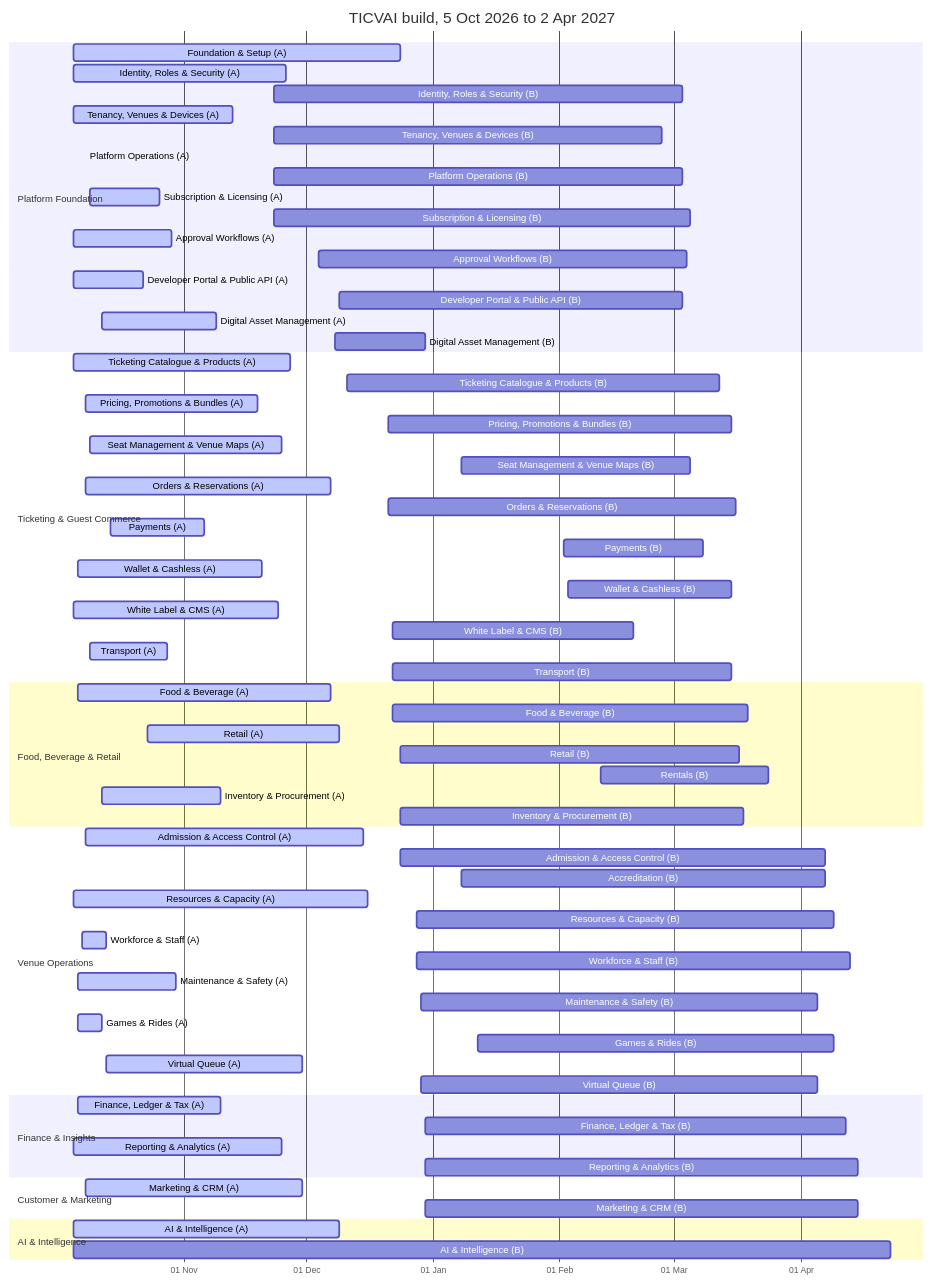
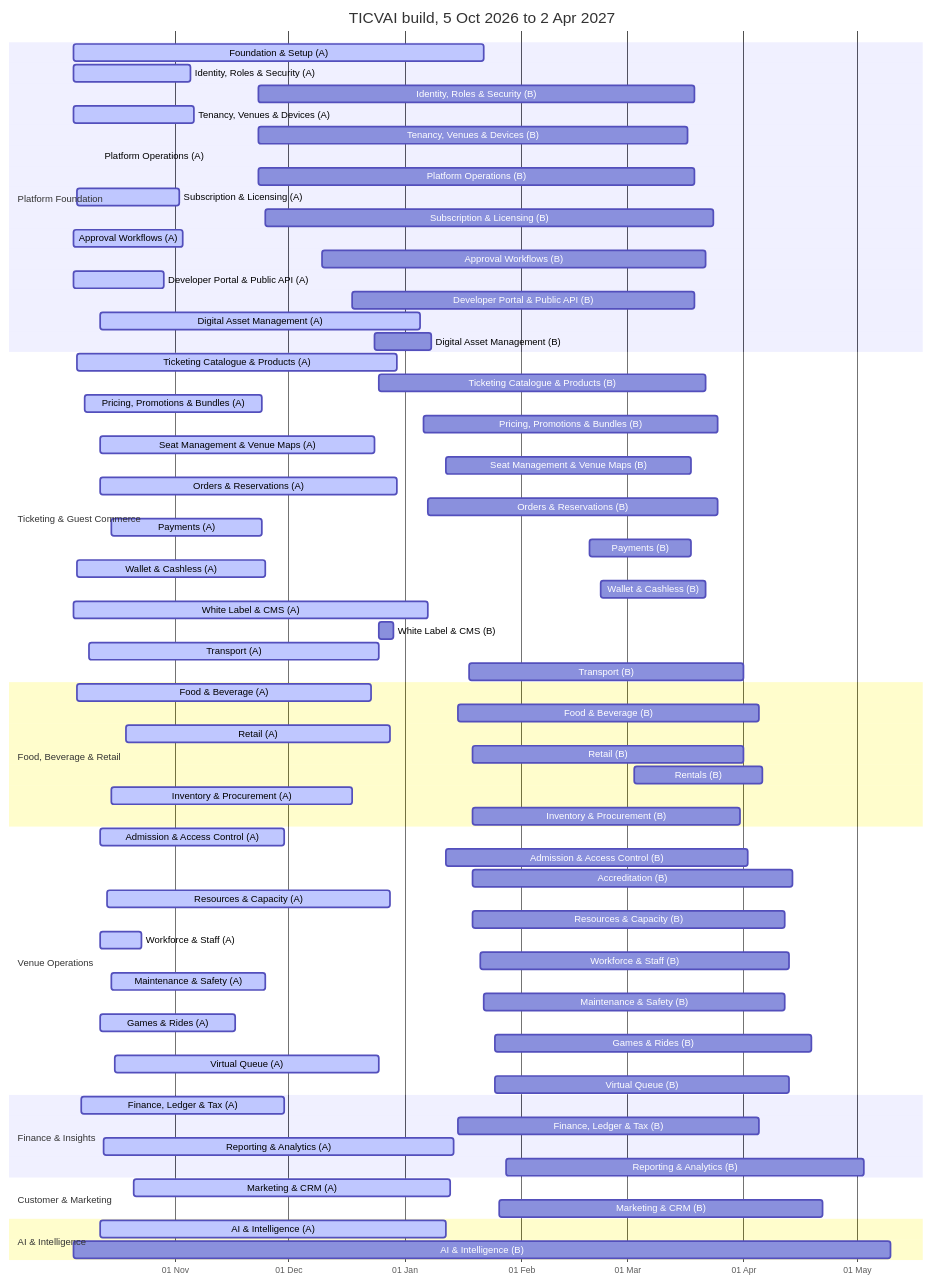
Before and after one commit to Diretide298/Solution_Architecture: the diagram in ticvai/repos/ticvai-docs/docs/active/build-plan-presentation.md, drawn with Mermaid. The commit also changed other lines of this file and 8185 other files, not shown here.

````diff
--- a/ticvai/repos/ticvai-docs/docs/active/build-plan-presentation.md
+++ b/ticvai/repos/ticvai-docs/docs/active/build-plan-presentation.md
@@ -48,72 +48,72 @@
 ```mermaid
 gantt
   dateFormat YYYY-MM-DD
   axisFormat %d %b
   title TICVAI build, 5 Oct 2026 to 2 Apr 2027
   section Platform Foundation
-  Foundation & Setup (A) :active, 2026-10-05, 2026-12-24
-  Identity, Roles & Security (A) :active, 2026-10-05, 2026-11-26
-  Identity, Roles & Security (B) :2026-11-23, 2027-03-03
-  Tenancy, Venues & Devices (A) :active, 2026-10-05, 2026-11-13
-  Tenancy, Venues & Devices (B) :2026-11-23, 2027-02-26
-  Platform Operations (A) :active, 2026-10-08, 2026-10-08
-  Platform Operations (B) :2026-11-23, 2027-03-03
-  Subscription & Licensing (A) :active, 2026-10-09, 2026-10-26
-  Subscription & Licensing (B) :2026-11-23, 2027-03-05
-  Approval Workflows (A) :active, 2026-10-05, 2026-10-29
-  Approval Workflows (B) :2026-12-04, 2027-03-04
-  Developer Portal & Public API (A) :active, 2026-10-05, 2026-10-22
-  Developer Portal & Public API (B) :2026-12-09, 2027-03-03
-  Digital Asset Management (A) :active, 2026-10-12, 2026-11-09
-  Digital Asset Management (B) :2026-12-08, 2026-12-30
+  Foundation & Setup (A) :active, 2026-10-05, 2027-01-22
+  Identity, Roles & Security (A) :active, 2026-10-05, 2026-11-05
+  Identity, Roles & Security (B) :2026-11-23, 2027-03-19
+  Tenancy, Venues & Devices (A) :active, 2026-10-05, 2026-11-06
+  Tenancy, Venues & Devices (B) :2026-11-23, 2027-03-17
+  Platform Operations (A) :active, 2026-10-12, 2026-10-12
+  Platform Operations (B) :2026-11-23, 2027-03-19
+  Subscription & Licensing (A) :active, 2026-10-06, 2026-11-02
+  Subscription & Licensing (B) :2026-11-25, 2027-03-24
+  Approval Workflows (A) :active, 2026-10-05, 2026-11-03
+  Approval Workflows (B) :2026-12-10, 2027-03-22
+  Developer Portal & Public API (A) :active, 2026-10-05, 2026-10-29
+  Developer Portal & Public API (B) :2026-12-18, 2027-03-19
+  Digital Asset Management (A) :active, 2026-10-12, 2027-01-05
+  Digital Asset Management (B) :2026-12-24, 2027-01-08
   section Ticketing & Guest Commerce
-  Ticketing Catalogue & Products (A) :active, 2026-10-05, 2026-11-27
-  Ticketing Catalogue & Products (B) :2026-12-11, 2027-03-12
-  Pricing, Promotions & Bundles (A) :active, 2026-10-08, 2026-11-19
-  Pricing, Promotions & Bundles (B) :2026-12-21, 2027-03-15
-  Seat Management & Venue Maps (A) :active, 2026-10-09, 2026-11-25
-  Seat Management & Venue Maps (B) :2027-01-08, 2027-03-05
-  Orders & Reservations (A) :active, 2026-10-08, 2026-12-07
-  Orders & Reservations (B) :2026-12-21, 2027-03-16
-  Payments (A) :active, 2026-10-14, 2026-11-06
-  Payments (B) :2027-02-02, 2027-03-08
-  Wallet & Cashless (A) :active, 2026-10-06, 2026-11-20
-  Wallet & Cashless (B) :2027-02-03, 2027-03-15
-  White Label & CMS (A) :active, 2026-10-05, 2026-11-24
-  White Label & CMS (B) :2026-12-22, 2027-02-19
-  Transport (A) :active, 2026-10-09, 2026-10-28
-  Transport (B) :2026-12-22, 2027-03-15
+  Ticketing Catalogue & Products (A) :active, 2026-10-06, 2026-12-30
+  Ticketing Catalogue & Products (B) :2026-12-25, 2027-03-22
+  Pricing, Promotions & Bundles (A) :active, 2026-10-08, 2026-11-24
+  Pricing, Promotions & Bundles (B) :2027-01-06, 2027-03-25
+  Seat Management & Venue Maps (A) :active, 2026-10-12, 2026-12-24
+  Seat Management & Venue Maps (B) :2027-01-12, 2027-03-18
+  Orders & Reservations (A) :active, 2026-10-12, 2026-12-30
+  Orders & Reservations (B) :2027-01-07, 2027-03-25
+  Payments (A) :active, 2026-10-15, 2026-11-24
+  Payments (B) :2027-02-19, 2027-03-18
+  Wallet & Cashless (A) :active, 2026-10-06, 2026-11-25
+  Wallet & Cashless (B) :2027-02-22, 2027-03-22
+  White Label & CMS (A) :active, 2026-10-05, 2027-01-07
+  White Label & CMS (B) :2026-12-25, 2026-12-29
+  Transport (A) :active, 2026-10-09, 2026-12-25
+  Transport (B) :2027-01-18, 2027-04-01
   section Food, Beverage & Retail
-  Food & Beverage (A) :active, 2026-10-06, 2026-12-07
-  Food & Beverage (B) :2026-12-22, 2027-03-19
-  Retail (A) :active, 2026-10-23, 2026-12-09
-  Retail (B) :2026-12-24, 2027-03-17
-  Rentals (B) :2027-02-11, 2027-03-24
-  Inventory & Procurement (A) :active, 2026-10-12, 2026-11-10
-  Inventory & Procurement (B) :2026-12-24, 2027-03-18
+  Food & Beverage (A) :active, 2026-10-06, 2026-12-23
+  Food & Beverage (B) :2027-01-15, 2027-04-05
+  Retail (A) :active, 2026-10-19, 2026-12-28
+  Retail (B) :2027-01-19, 2027-04-01
+  Rentals (B) :2027-03-03, 2027-04-06
+  Inventory & Procurement (A) :active, 2026-10-15, 2026-12-18
+  Inventory & Procurement (B) :2027-01-19, 2027-03-31
   section Venue Operations
-  Admission & Access Control (A) :active, 2026-10-08, 2026-12-15
-  Admission & Access Control (B) :2026-12-24, 2027-04-07
-  Accreditation (B) :2027-01-08, 2027-04-07
-  Resources & Capacity (A) :active, 2026-10-05, 2026-12-16
-  Resources & Capacity (B) :2026-12-28, 2027-04-09
-  Workforce & Staff (A) :active, 2026-10-07, 2026-10-13
-  Workforce & Staff (B) :2026-12-28, 2027-04-13
-  Maintenance & Safety (A) :active, 2026-10-06, 2026-10-30
-  Maintenance & Safety (B) :2026-12-29, 2027-04-05
-  Games & Rides (A) :active, 2026-10-06, 2026-10-12
-  Games & Rides (B) :2027-01-12, 2027-04-09
-  Virtual Queue (A) :active, 2026-10-13, 2026-11-30
-  Virtual Queue (B) :2026-12-29, 2027-04-05
+  Admission & Access Control (A) :active, 2026-10-12, 2026-11-30
+  Admission & Access Control (B) :2027-01-12, 2027-04-02
+  Accreditation (B) :2027-01-19, 2027-04-14
+  Resources & Capacity (A) :active, 2026-10-14, 2026-12-28
+  Resources & Capacity (B) :2027-01-19, 2027-04-12
+  Workforce & Staff (A) :active, 2026-10-12, 2026-10-23
+  Workforce & Staff (B) :2027-01-21, 2027-04-13
+  Maintenance & Safety (A) :active, 2026-10-15, 2026-11-25
+  Maintenance & Safety (B) :2027-01-22, 2027-04-12
+  Games & Rides (A) :active, 2026-10-12, 2026-11-17
+  Games & Rides (B) :2027-01-25, 2027-04-19
+  Virtual Queue (A) :active, 2026-10-16, 2026-12-25
+  Virtual Queue (B) :2027-01-25, 2027-04-13
   section Finance & Insights
-  Finance, Ledger & Tax (A) :active, 2026-10-06, 2026-11-10
-  Finance, Ledger & Tax (B) :2026-12-30, 2027-04-12
-  Reporting & Analytics (A) :active, 2026-10-05, 2026-11-25
-  Reporting & Analytics (B) :2026-12-30, 2027-04-15
+  Finance, Ledger & Tax (A) :active, 2026-10-07, 2026-11-30
+  Finance, Ledger & Tax (B) :2027-01-15, 2027-04-05
+  Reporting & Analytics (A) :active, 2026-10-13, 2027-01-14
+  Reporting & Analytics (B) :2027-01-28, 2027-05-03
   section Customer & Marketing
-  Marketing & CRM (A) :active, 2026-10-08, 2026-11-30
-  Marketing & CRM (B) :2026-12-30, 2027-04-15
+  Marketing & CRM (A) :active, 2026-10-21, 2027-01-13
+  Marketing & CRM (B) :2027-01-26, 2027-04-22
   section AI & Intelligence
-  AI & Intelligence (A) :active, 2026-10-05, 2026-12-09
-  AI & Intelligence (B) :2026-10-05, 2027-04-23
+  AI & Intelligence (A) :active, 2026-10-12, 2027-01-12
+  AI & Intelligence (B) :2026-10-05, 2027-05-10
 ```
````
